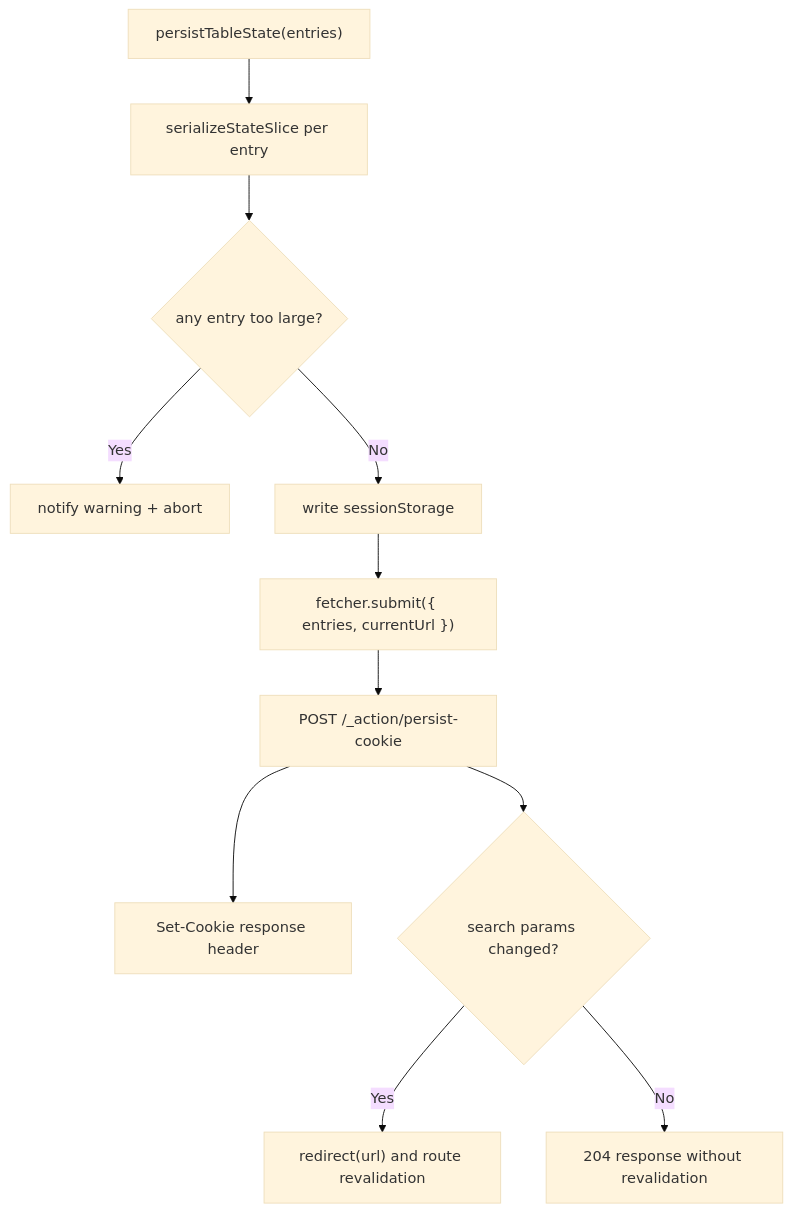
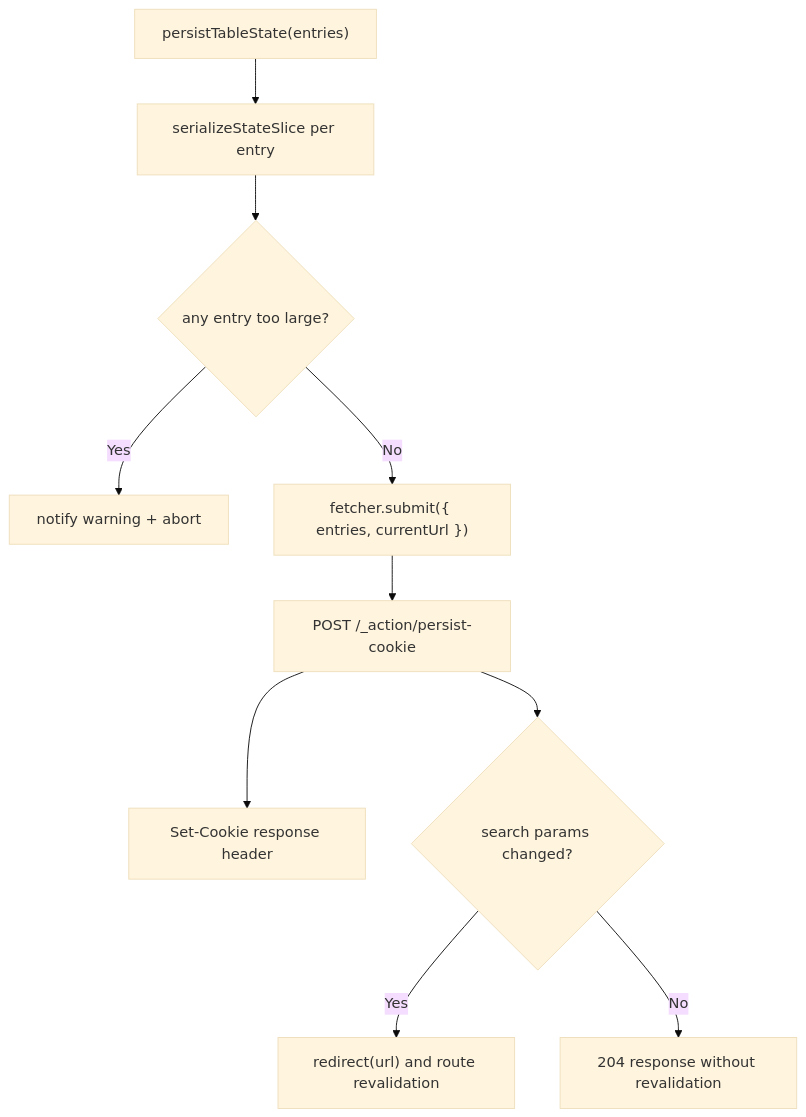
The third of 3 diagrams in packages/ui/src/components/Table/contexts/TableConfig/ARCHITECTURE.md (luciocabrera/lcabrera-stack), drawn with Mermaid (base theme) before and after one commit. The commit also changed other lines of this file and 24 other files, not shown here.

````diff
--- a/packages/ui/src/components/Table/contexts/TableConfig/ARCHITECTURE.md
+++ b/packages/ui/src/components/Table/contexts/TableConfig/ARCHITECTURE.md
@@ -290,13 +306,12 @@
 ```mermaid
 graph TD
   Action["persistTableState(entries)"] --> Serialize["serializeStateSlice per entry"]
   Serialize --> Check{"any entry too large?"}
   Check -->|Yes| Warn["notify warning + abort"]
-  Check -->|No| Session["write sessionStorage"]
-  Session --> Submit["fetcher.submit({ entries, currentUrl })"]
+  Check -->|No| Submit["fetcher.submit({ entries, currentUrl })"]
   Submit --> Route["POST /_action/persist-cookie"]
   Route --> Cookie["Set-Cookie response header"]
   Route --> Decision{"search params changed?"}
   Decision -->|Yes| Redirect["redirect(url) and route revalidation"]
   Decision -->|No| NoRedirect["204 response without revalidation"]
 ```
````
